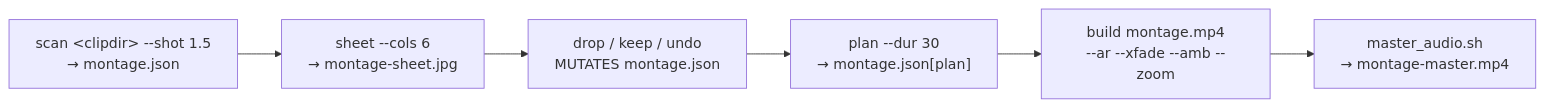
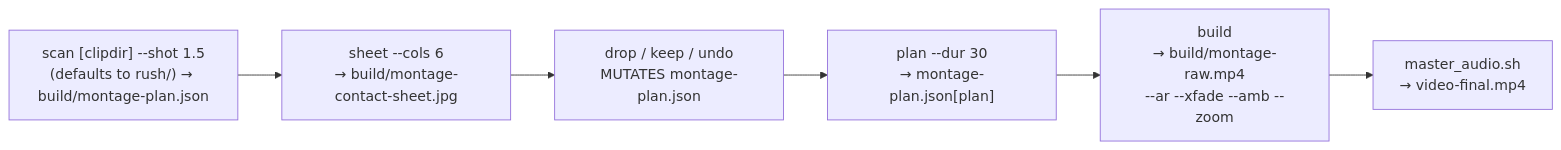
One commit to hatimmrabet/video-editor changed the second of 2 diagrams in docs/pipeline.md. Above: the diagram before and after it, drawn with Mermaid. The commit also changed other lines of this file and 52 other files, not shown here.

````diff
--- a/docs/pipeline.md
+++ b/docs/pipeline.md
@@ -90,9 +91,9 @@
 ```mermaid
 flowchart LR
-    scan["scan &lt;clipdir&gt; --shot 1.5<br/>→ montage.json"] --> sheet
-    sheet["sheet --cols 6<br/>→ montage-sheet.jpg"] --> pick
-    pick["drop / keep / undo<br/>MUTATES montage.json"] --> planm
-    planm["plan --dur 30<br/>→ montage.json[plan]"] --> buildm
-    buildm["build montage.mp4<br/>--ar --xfade --amb --zoom"] --> masterm
-    masterm["master_audio.sh<br/>→ montage-master.mp4"]
+    scan["scan [clipdir] --shot 1.5<br/>(defaults to rush/) → build/montage-plan.json"] --> sheet
+    sheet["sheet --cols 6<br/>→ build/montage-contact-sheet.jpg"] --> pick
+    pick["drop / keep / undo<br/>MUTATES montage-plan.json"] --> planm
+    planm["plan --dur 30<br/>→ montage-plan.json[plan]"] --> buildm
+    buildm["build<br/>→ build/montage-raw.mp4<br/>--ar --xfade --amb --zoom"] --> masterm
+    masterm["master_audio.sh<br/>→ video-final.mp4"]
 ```
````
